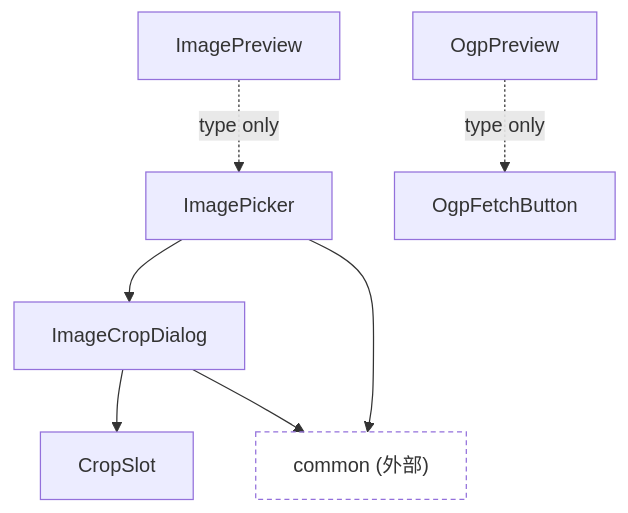
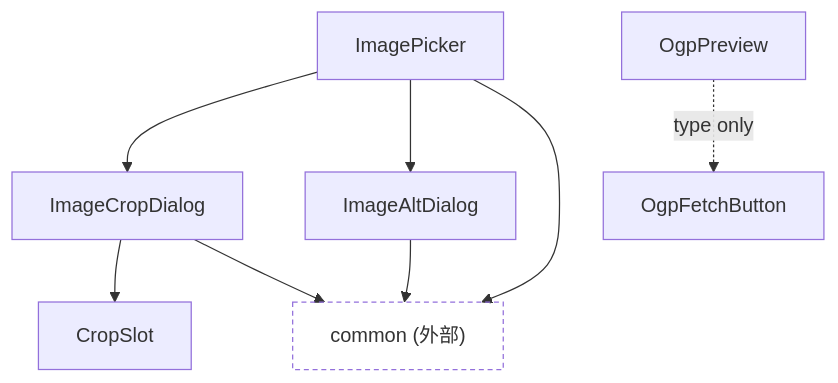
The diagram in src/components/image/README.md (nekono-dev/skyshare), drawn with Mermaid before and after one commit. The commit also changed other lines of this file and 18 other files, not shown here.

````diff
--- a/src/components/image/README.md
+++ b/src/components/image/README.md
@@ -5,15 +5,16 @@
 ```mermaid
 graph TD
   ImagePicker --> ImageCropDialog
+  ImagePicker --> ImageAltDialog
   ImageCropDialog --> CropSlot
-  ImagePreview -. type only .-> ImagePicker
   OgpPreview -. type only .-> OgpFetchButton
 
   ImageCropDialog --> commonExt
+  ImageAltDialog --> commonExt
   ImagePicker --> commonExt
 
   commonExt["common (外部)"]
 
   classDef external stroke-dasharray: 4 3,fill:transparent;
   class commonExt external;
 ```
````
